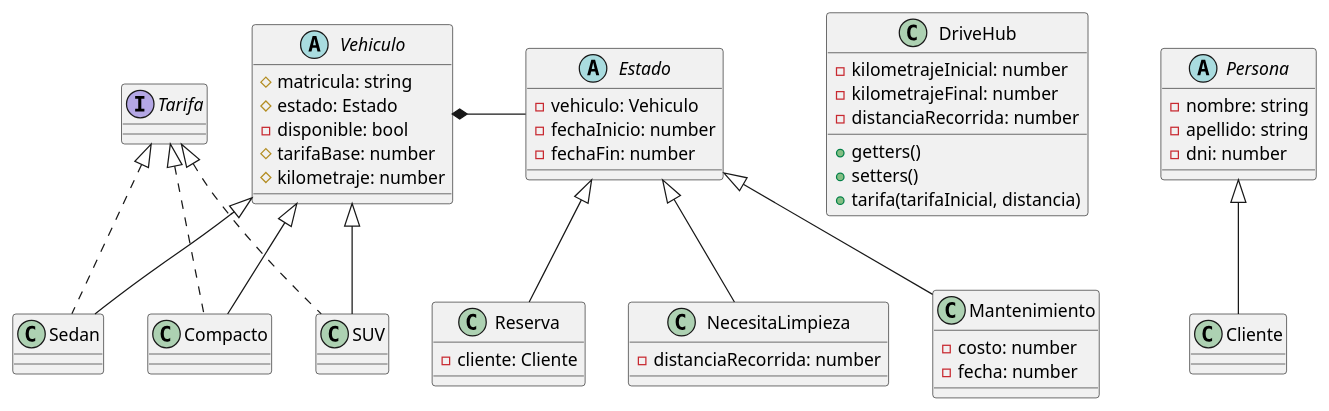
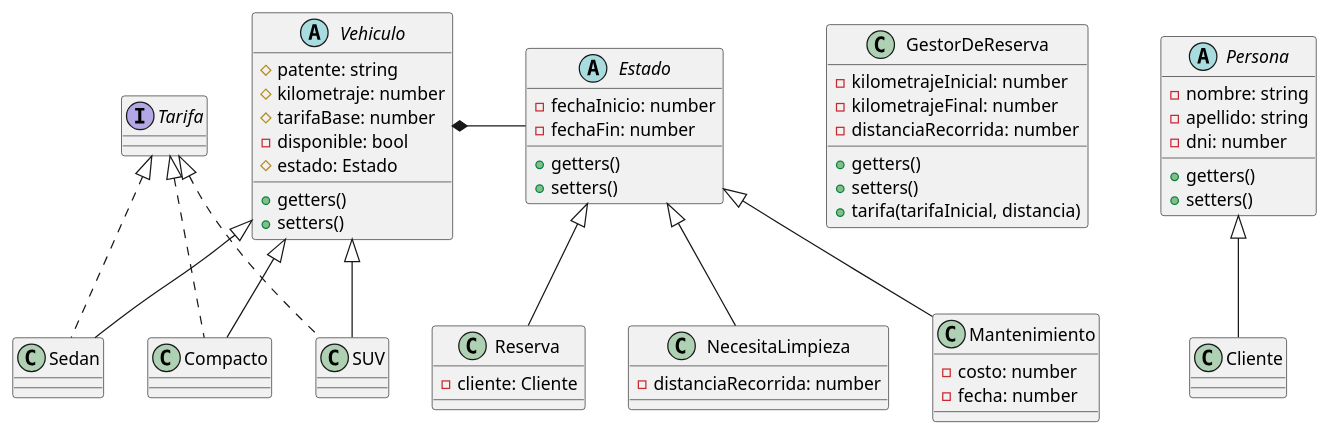
One commit to JLMinera/UTN_TUP_Proyecto-programacion_2 changed the diagram in DriveHub.puml. Above: the diagram before and after it, drawn with PlantUML.

Commit message:
Se actualiza diagrama de clases con corrección de nombre clase GestorDeReserva y agregados de getters y setters en clases vehículo y persona

```diff
--- a/DriveHub.puml
+++ b/DriveHub.puml
@@ -1,90 +1,98 @@
 @startuml DriveHub
 
 ' Clases
 
-class DriveHub {
+class GestorDeReserva {
     - kilometrajeInicial: number
     - kilometrajeFinal: number
     - distanciaRecorrida: number
 
     + getters()
     + setters()
     + tarifa(tarifaInicial, distancia)
 }
 
 abstract class Persona {
     - nombre: string
     - apellido: string
     - dni: number
+
+    + getters()
+    + setters()
 }
 
 class Cliente {
 
 }
 
 
 abstract class Vehiculo {
-    # matricula: string
+    # patente: string
+    #kilometraje: number
+    # tarifaBase: number
+    - disponible: bool
     # estado: Estado
-    - disponible: bool
-    # tarifaBase: number
-    #kilometraje: number
+
+    + getters()
+    + setters()
 
 }
 
 class Sedan {
 
 }
 
 class Compacto {
 
 }
 
 class SUV {
 
 }
 
 interface Tarifa {
 
 }
 
 abstract class Estado {
-    - vehiculo: Vehiculo
     - fechaInicio: number
     - fechaFin: number
+
+    + getters()
+    + setters()
 }
 
 class Reserva {
     - cliente: Cliente
 }
 
 class NecesitaLimpieza {
     - distanciaRecorrida: number
 }
 
 class Mantenimiento {
     - costo: number
     - fecha: number
 }
 
 ' Relaciones
 
 Persona <|-d- Cliente
 
 Tarifa <|.. Sedan
 Tarifa <|.. Compacto
 Tarifa <|.. SUV
 
 Vehiculo <|-d- Sedan
 Vehiculo <|-d- Compacto
 Vehiculo <|-d- SUV
 
 Vehiculo *-r- Estado
 
 Estado <|-d- Reserva
 Estado <|-d- NecesitaLimpieza
 Estado <|-d- Mantenimiento
 
 
 
 @enduml
```
